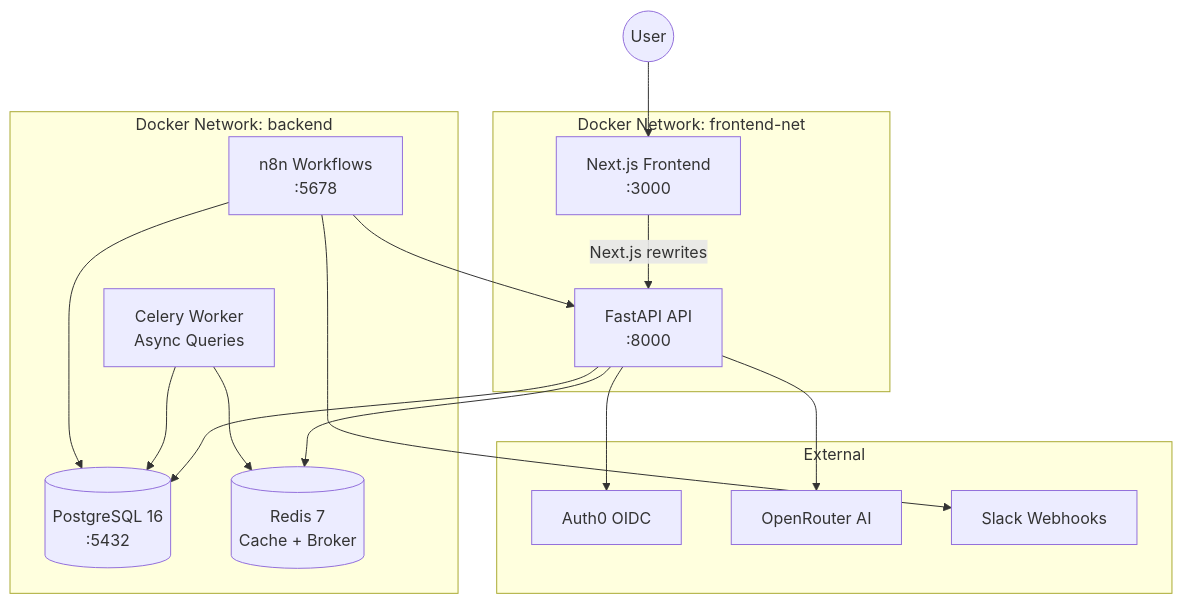
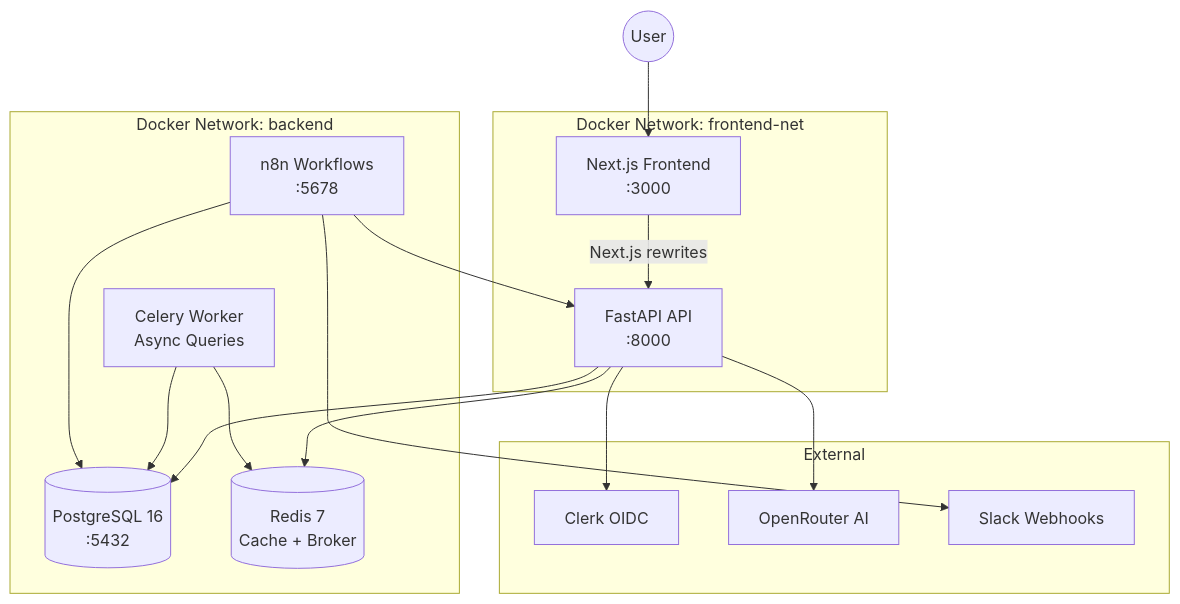
Before and after one commit to ahmed-shaaban-94/SAAS: the first of 6 diagrams in docs/ARCHITECTURE.md, drawn with Mermaid. The commit also changed other lines of this file and 4 other files, not shown here.

First line of the commit message:
docs: fix canonical README/ARCHITECTURE drift + scrub deploy IP (#660)

````diff
--- a/docs/ARCHITECTURE.md
+++ b/docs/ARCHITECTURE.md
@@ -5,33 +5,33 @@
 ```mermaid
 graph TB
     subgraph External
-        AUTH0[Auth0 OIDC]
+        CLERK[Clerk OIDC]
         OPENROUTER[OpenRouter AI]
         SLACK[Slack Webhooks]
     end
 
     subgraph "Docker Network: frontend-net"
         FE[Next.js Frontend<br/>:3000]
         API[FastAPI API<br/>:8000]
     end
 
     subgraph "Docker Network: backend"
         API
         PG[(PostgreSQL 16<br/>:5432)]
         REDIS[(Redis 7<br/>Cache + Broker)]
         CELERY[Celery Worker<br/>Async Queries]
         N8N[n8n Workflows<br/>:5678]
     end
 
     USER((User)) --> FE
     FE -->|Next.js rewrites| API
     API --> PG
     API --> REDIS
-    API --> AUTH0
+    API --> CLERK
     API --> OPENROUTER
     CELERY --> REDIS
     CELERY --> PG
     N8N --> API
     N8N --> PG
     N8N --> SLACK
 ```
````
